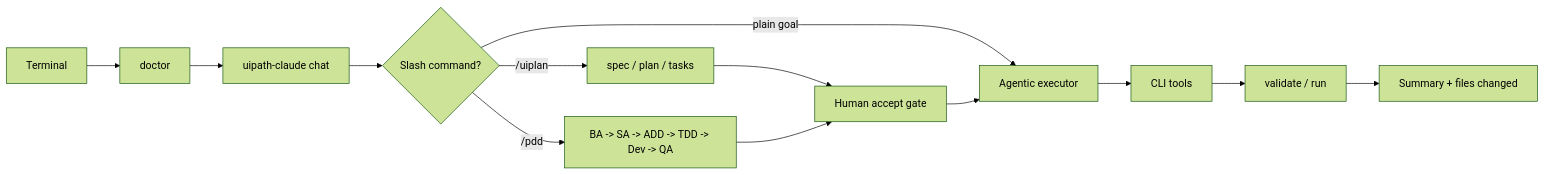
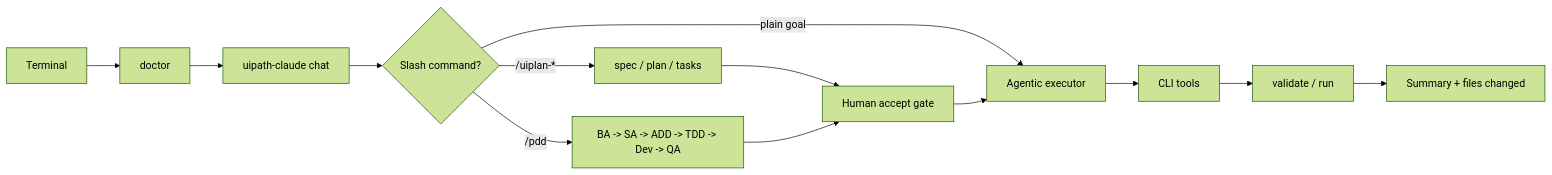
One commit to DanielaRosenn/uiplan-agent-of-agents changed the fourth of 6 diagrams in docs/SKILL_VISUAL_GUIDE.md. Above: the diagram before and after it, drawn with Mermaid (forest theme). The commit also changed other lines of this file and 25 other files, not shown here.

````diff
--- a/docs/SKILL_VISUAL_GUIDE.md
+++ b/docs/SKILL_VISUAL_GUIDE.md
@@ -131,15 +130,15 @@
 ```mermaid
 flowchart LR
     Shell[Terminal] --> Doctor[doctor]
     Doctor --> Chat[uipath-claude chat]
     Chat --> Slash{Slash command?}
-    Slash -->|/uiplan| UiPlan[spec / plan / tasks]
+    Slash -->|/uiplan-*| UiPlan[spec / plan / tasks]
     Slash -->|/pdd| Lifecycle[BA -> SA -> ADD -> TDD -> Dev -> QA]
     Slash -->|plain goal| Agent[Agentic executor]
     UiPlan --> Gate[Human accept gate]
     Lifecycle --> Gate
     Gate --> Agent
     Agent --> Tools[CLI tools]
     Tools --> Verify[validate / run]
     Verify --> Summary[Summary + files changed]
 ```
````
